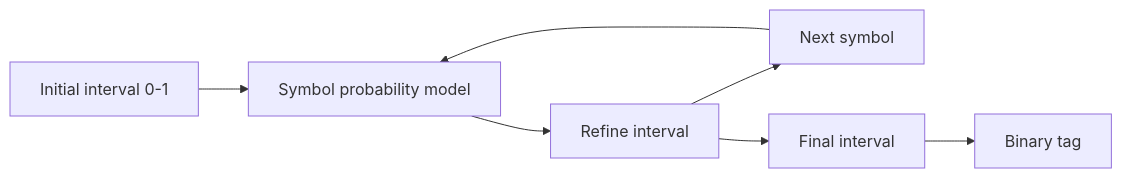
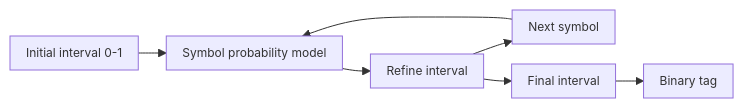
The sixth of 31 diagrams in First Year/Second Semester/Multimedia Communications/Summaries/Multimedia Communications - Complete Notes.md (alessandro-vulcu-code/ICT2025), drawn with Mermaid before and after one commit. The commit also changed other lines of this file and 582 other files, not shown here.

````diff
--- a/First Year/Second Semester/Multimedia Communications/Summaries/Multimedia Communications - Complete Notes.md
+++ b/First Year/Second Semester/Multimedia Communications/Summaries/Multimedia Communications - Complete Notes.md
@@ -1706,9 +1717,10 @@
 ```mermaid
+%%{init: {"flowchart": {"useMaxWidth": true, "htmlLabels": false, "nodeSpacing": 18, "rankSpacing": 28, "padding": 8}, "themeVariables": {"fontSize": "12px"}}}%%
 flowchart LR
-    A[Initial interval 0-1] --> B[Symbol probability model]
-    B --> C[Refine interval]
-    C --> D[Next symbol]
+    A["Initial interval 0-1"] --> B["Symbol probability model"]
+    B --> C["Refine interval"]
+    C --> D["Next symbol"]
     D --> B
-    C --> E[Final interval]
-    E --> F[Binary tag]
+    C --> E["Final interval"]
+    E --> F["Binary tag"]
 ```
````
